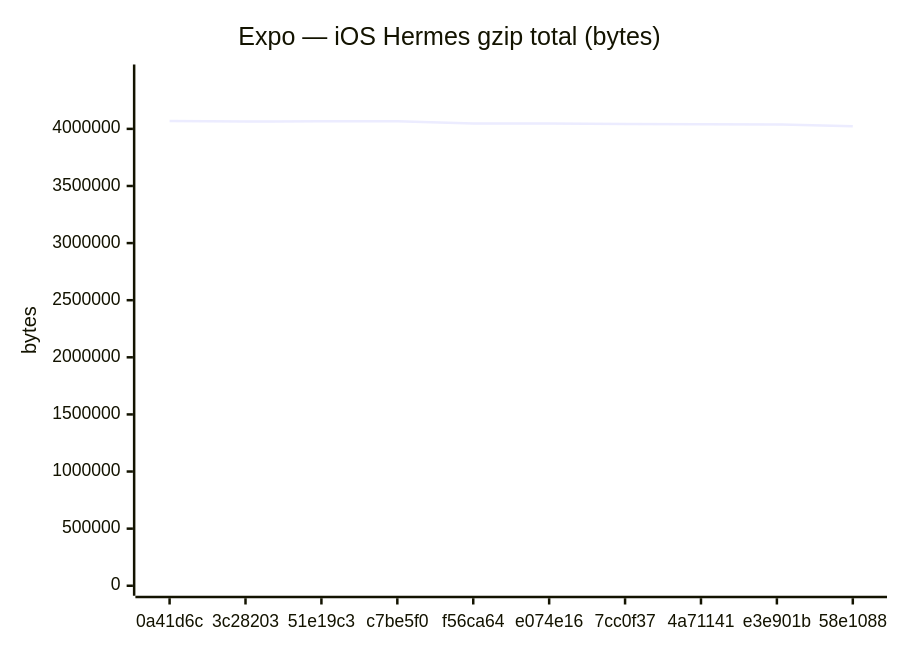
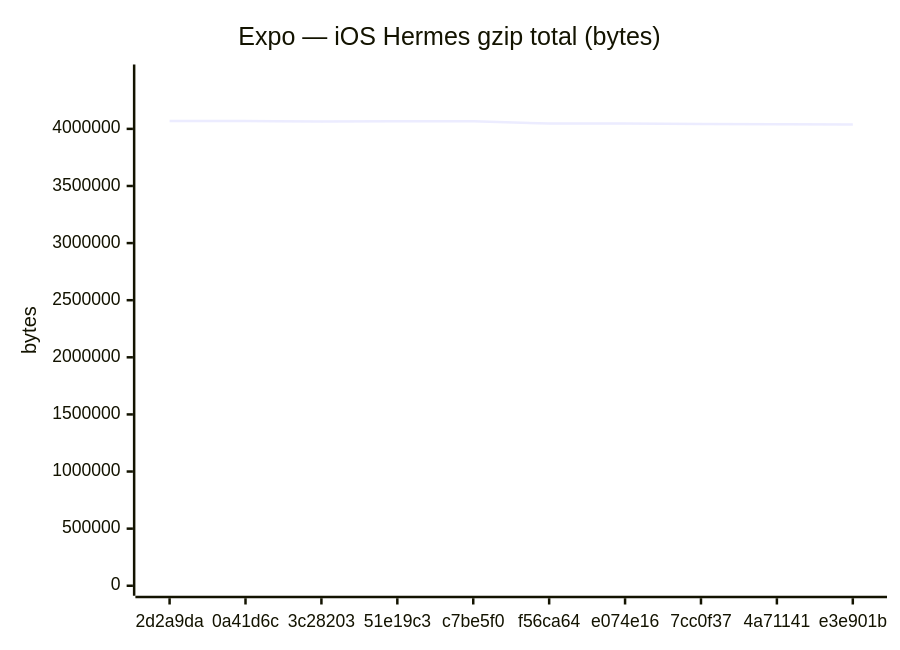
One commit to Metaheurist/Rianell changed the sixth of 18 diagrams in benchmarks/compare.md. Above: the diagram before and after it, drawn with Mermaid. The commit also changed other lines of this file and 11 other files, not shown here.

````diff
--- a/benchmarks/compare.md
+++ b/benchmarks/compare.md
@@ -96,7 +96,7 @@
 ```mermaid
 xychart-beta
     title "Expo — iOS Hermes gzip total (bytes)"
-    x-axis ["0a41d6c", "3c28203", "51e19c3", "c7be5f0", "f56ca64", "e074e16", "7cc0f37", "4a71141", "e3e901b", "58e1088"]
+    x-axis ["2d2a9da", "0a41d6c", "3c28203", "51e19c3", "c7be5f0", "f56ca64", "e074e16", "7cc0f37", "4a71141", "e3e901b"]
     y-axis "bytes" 0 --> 4476018
-    line [4069107, 4065403, 4065816, 4065817, 4047233, 4047234, 4042958, 4039809, 4039179, 4023650]
+    line [4069106, 4069107, 4065403, 4065816, 4065817, 4047233, 4047234, 4042958, 4039809, 4039179]
 ```
````
